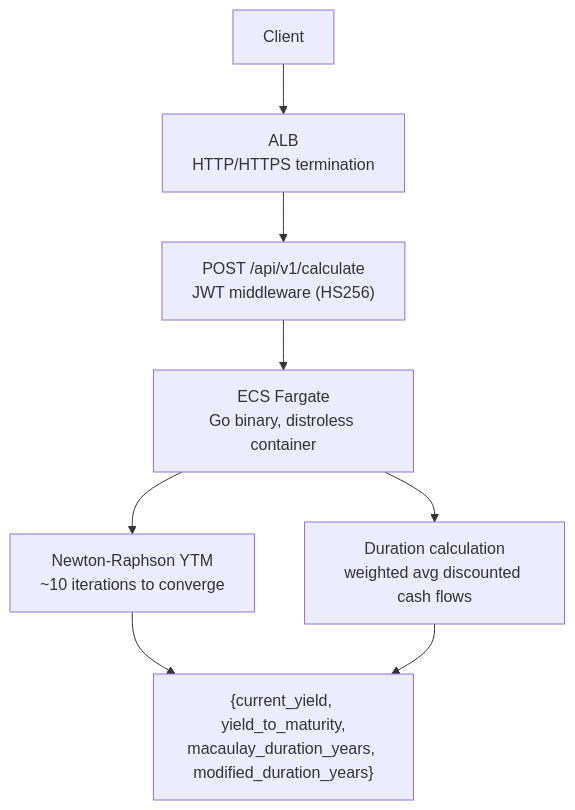
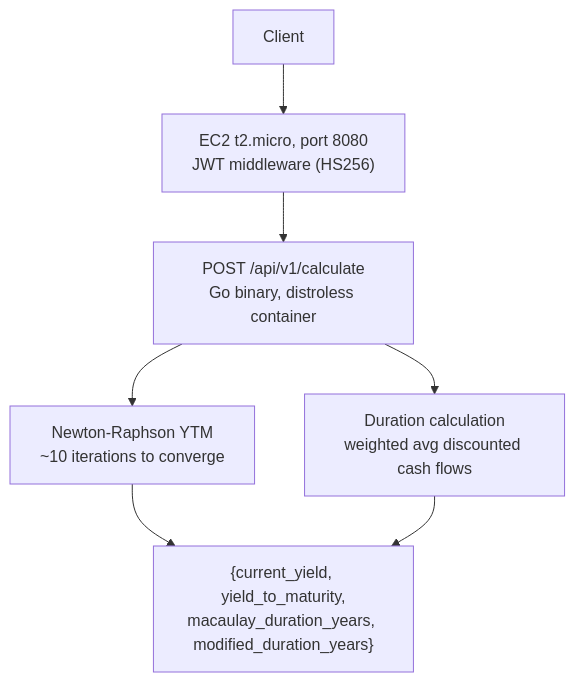
One commit to coreystevensdev/bondcalc changed the diagram in README.md. Above: the diagram before and after it, drawn with Mermaid. The commit also changed other lines of this file and 14 other files, not shown here.

First line of the commit message:
Replace ECS Fargate + ALB with free-tier EC2 direct deploy

````diff
--- a/README.md
+++ b/README.md
@@ -20,9 +20,8 @@
 ```mermaid
 flowchart TD
-    A[Client] --> B["ALB\nHTTP/HTTPS termination"]
-    B --> C["POST /api/v1/calculate\nJWT middleware (HS256)"]
-    C --> D["ECS Fargate\nGo binary, distroless container"]
-    D --> E["Newton-Raphson YTM\n~10 iterations to converge"]
-    D --> F["Duration calculation\nweighted avg discounted cash flows"]
-    E & F --> G["{current_yield, yield_to_maturity,\nmacaulay_duration_years, modified_duration_years}"]
+    A[Client] --> B["EC2 t2.micro, port 8080\nJWT middleware (HS256)"]
+    B --> C["POST /api/v1/calculate\nGo binary, distroless container"]
+    C --> D["Newton-Raphson YTM\n~10 iterations to converge"]
+    C --> E["Duration calculation\nweighted avg discounted cash flows"]
+    D & E --> F["{current_yield, yield_to_maturity,\nmacaulay_duration_years, modified_duration_years}"]
 ```
````
